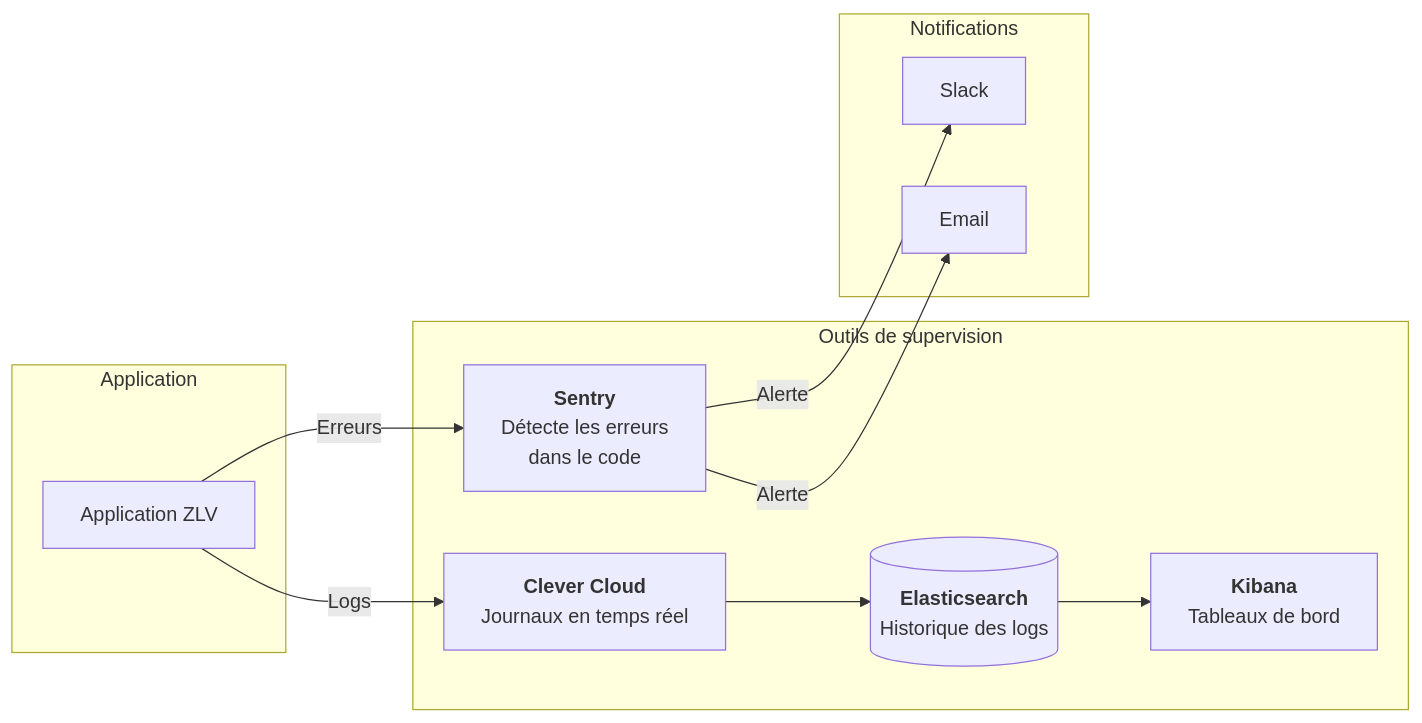
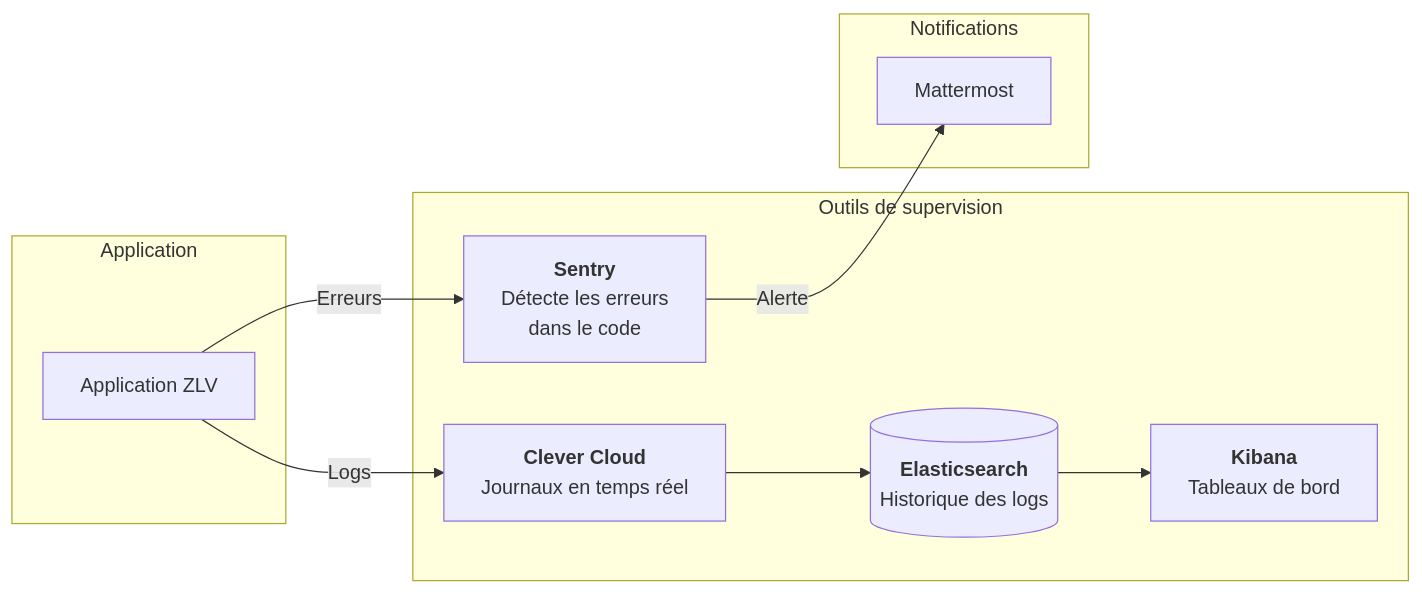
One commit to MTES-MCT/zero-logement-vacant changed the second of 3 diagrams in docs/technical/DE-Dossier-Exploitation.md. Above: the diagram before and after it, drawn with Mermaid. The commit also changed other lines of this file and 1 other file, not shown here.

````diff
--- a/docs/technical/DE-Dossier-Exploitation.md
+++ b/docs/technical/DE-Dossier-Exploitation.md
@@ -140,25 +181,23 @@
 ```mermaid
 flowchart LR
     subgraph Application
         App["Application ZLV"]
     end
 
     subgraph Supervision["Outils de supervision"]
         Sentry["<b>Sentry</b><br/>Détecte les erreurs<br/>dans le code"]
         CleverLogs["<b>Clever Cloud</b><br/>Journaux en temps réel"]
         ES[("<b>Elasticsearch</b><br/>Historique des logs")]
         Kibana["<b>Kibana</b><br/>Tableaux de bord"]
     end
 
     subgraph Alertes["Notifications"]
-        Slack["Slack"]
-        Email["Email"]
+        Mattermost["Mattermost"]
     end
 
     App -->|Erreurs| Sentry
     App -->|Logs| CleverLogs
     CleverLogs --> ES
     ES --> Kibana
-    Sentry -->|Alerte| Slack
-    Sentry -->|Alerte| Email
+    Sentry -->|Alerte| Mattermost
 ```
````
